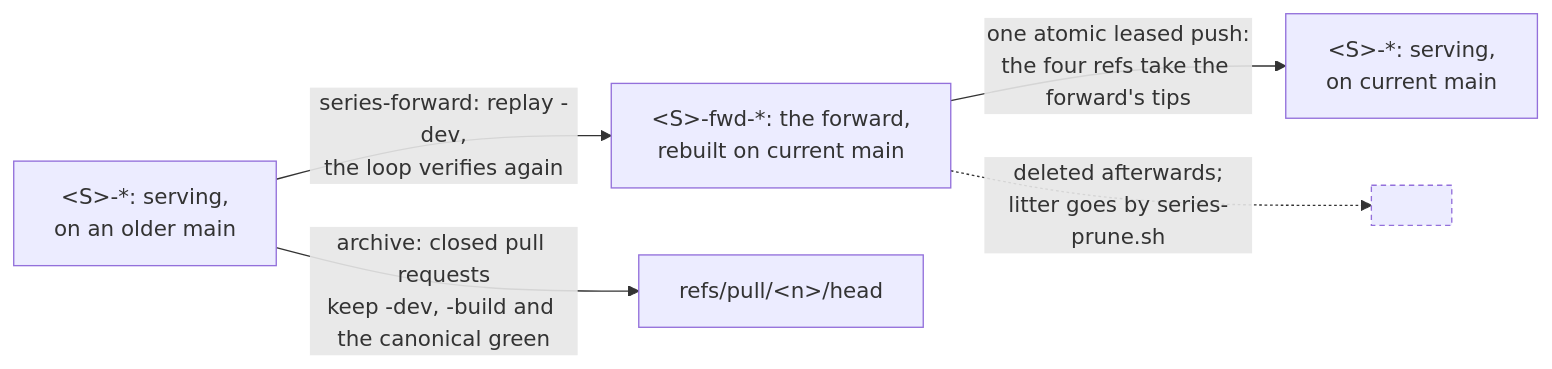
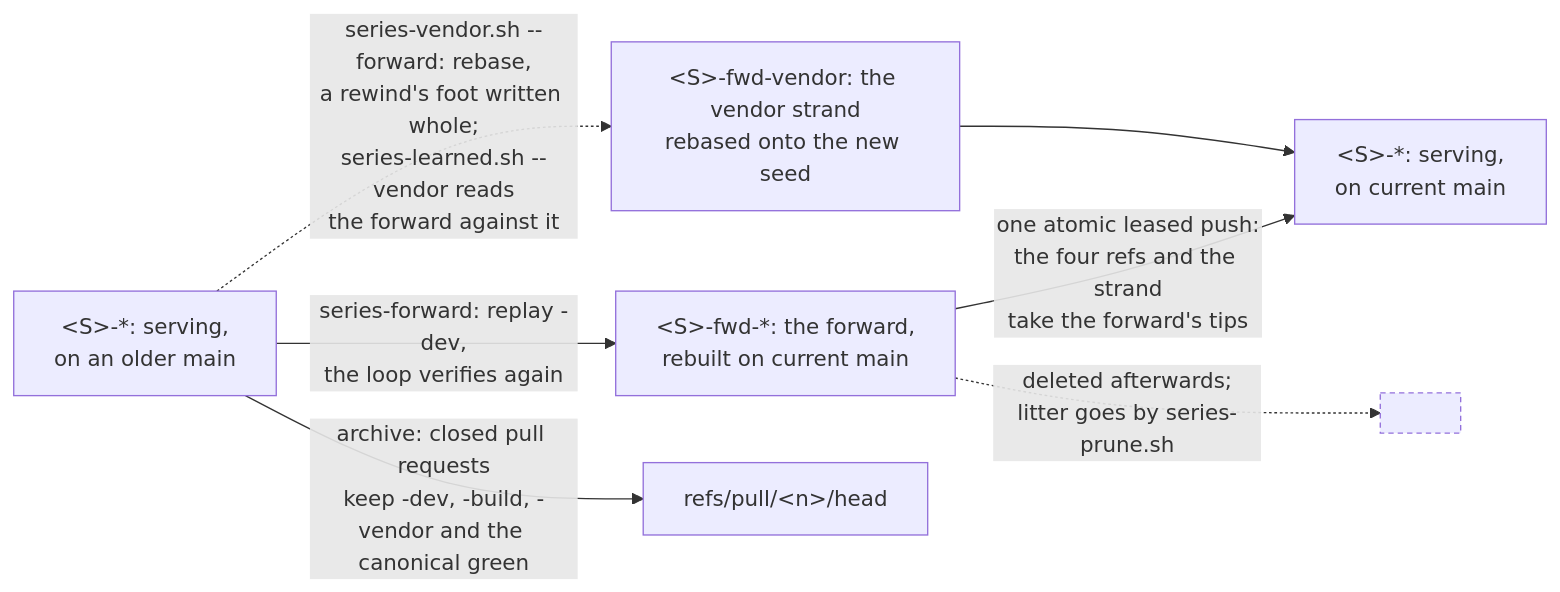
The second of 2 diagrams in handbook/branches/model/README.md (duckdb/duckdb-r), drawn with Mermaid before and after one commit. The commit also changed other lines of this file and 20 other files, not shown here.

First line of the commit message:
feat(series): Vendor each commit once, onto a strand a forward rebases (#2910)

````diff
--- a/handbook/branches/model/README.md
+++ b/handbook/branches/model/README.md
@@ -66,11 +82,14 @@
 ```mermaid
 flowchart LR
   S["#60;S#62;-*: serving,<br>on an older main"]
   F["#60;S#62;-fwd-*: the forward,<br>rebuilt on current main"]
+  V["#60;S#62;-fwd-vendor: the vendor strand<br>rebased onto the new seed"]
   S -->|"series-forward: replay -dev,<br>the loop verifies again"| F
-  S -->|"archive: closed pull requests<br>keep -dev, -build and the canonical green"| A["refs/pull/#60;n#62;/head"]
-  F -->|"one atomic leased push:<br>the four refs take the forward's tips"| S2["#60;S#62;-*: serving,<br>on current main"]
+  S -.->|"series-vendor.sh --forward: rebase,<br>a rewind's foot written whole;<br>series-learned.sh --vendor reads<br>the forward against it"| V
+  S -->|"archive: closed pull requests<br>keep -dev, -build, -vendor and the canonical green"| A["refs/pull/#60;n#62;/head"]
+  F -->|"one atomic leased push:<br>the four refs and the strand<br>take the forward's tips"| S2["#60;S#62;-*: serving,<br>on current main"]
+  V --> S2
   F -.->|"deleted afterwards;<br>litter goes by series-prune.sh"| X[" "]
   classDef gone stroke-dasharray: 4 3
   class X gone
 ```
````
